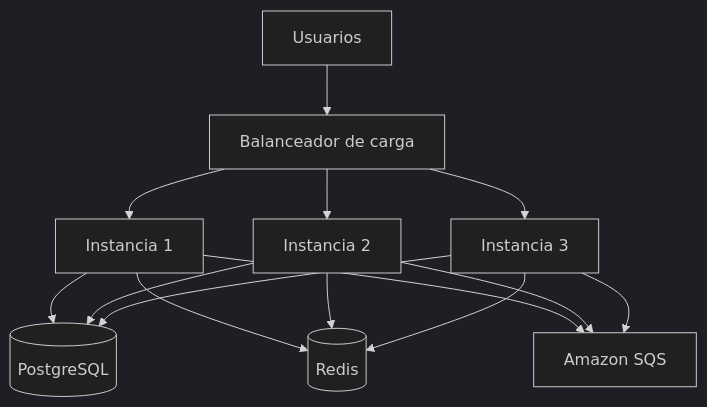
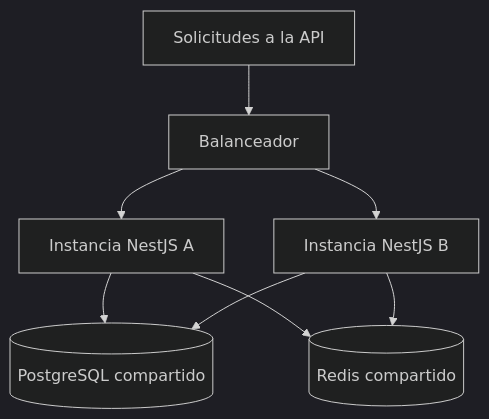
The diagram in docs/02-arquitectura-software/estilo-arquitectonico.md (Yeltsin-MC/MayoristaPro-B2B-ArquitSoft), drawn with Mermaid (dark theme) before and after one commit. The commit also changed other lines of this file and 4 other files, not shown here.

````diff
--- a/docs/02-arquitectura-software/estilo-arquitectonico.md
+++ b/docs/02-arquitectura-software/estilo-arquitectonico.md
@@ -136,19 +42,10 @@
 ```mermaid
-graph TB
-    U[Usuarios] --> LB[Balanceador de carga]
-    LB --> I1[Instancia 1]
-    LB --> I2[Instancia 2]
-    LB --> I3[Instancia 3]
-
-    I1 --> PG[(PostgreSQL)]
-    I2 --> PG
-    I3 --> PG
-
-    I1 --> RD[(Redis)]
-    I2 --> RD
-    I3 --> RD
-
-    I1 --> SQS[Amazon SQS]
-    I2 --> SQS
-    I3 --> SQS
+flowchart TB
+    API["Solicitudes a la API"] --> LB["Balanceador"]
+    LB --> A["Instancia NestJS A"]
+    LB --> B["Instancia NestJS B"]
+    A --> PG[("PostgreSQL compartido")]
+    B --> PG
+    A --> RD[("Redis compartido")]
+    B --> RD
 ```
````
